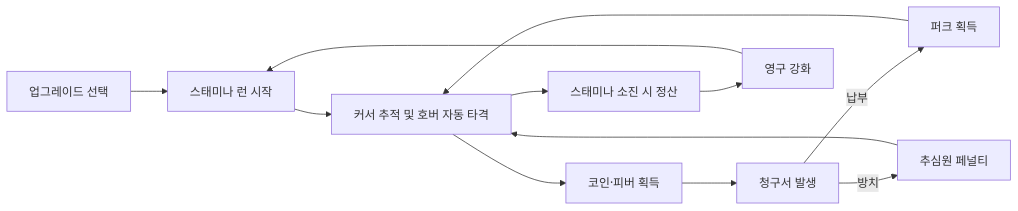
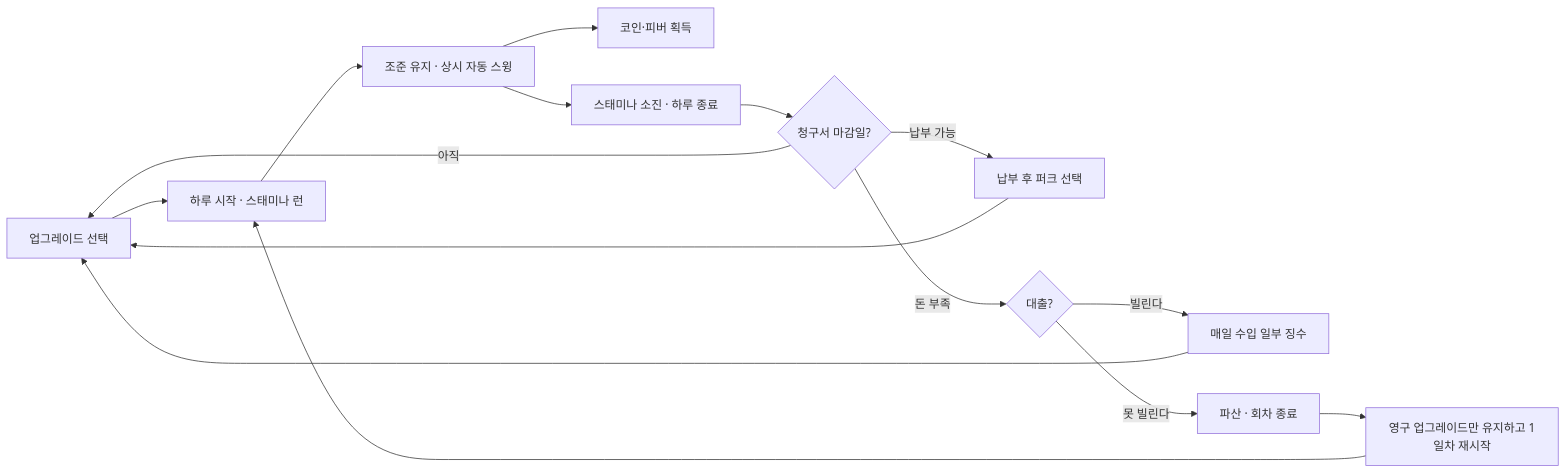
The diagram in docs/GDD.md (KDNA-Gwangju-1/NCAIClicker), drawn with Mermaid before and after one commit. The commit also changed other lines of this file and 3 other files, not shown here.

````diff
--- a/docs/GDD.md
+++ b/docs/GDD.md
@@ -42,14 +56,17 @@
 ```mermaid
 flowchart LR
-    A[업그레이드 선택] --> B[스태미나 런 시작]
-    B --> C[커서 추적 및 호버 자동 타격]
+    A[업그레이드 선택] --> B[하루 시작 · 스태미나 런]
+    B --> C[조준 유지 · 상시 자동 스윙]
     C --> D[코인·피버 획득]
-    D --> G[청구서 발생]
-    G -->|납부| H[퍼크 획득]
-    G -->|방치| I[추심원 페널티]
-    H --> C
-    I --> C
-    C --> E[스태미나 소진 시 정산]
-    E --> F[영구 강화]
-    F --> B
+    C --> E[스태미나 소진 · 하루 종료]
+    E --> G{청구서 마감일?}
+    G -->|아직| A
+    G -->|납부 가능| H[납부 후 퍼크 선택]
+    G -->|돈 부족| I{대출?}
+    I -->|빌린다| J[매일 수입 일부 징수]
+    I -->|못 빌린다| K[파산 · 회차 종료]
+    H --> A
+    J --> A
+    K --> L[영구 업그레이드만 유지하고 1일차 재시작]
+    L --> B
 ```
````
